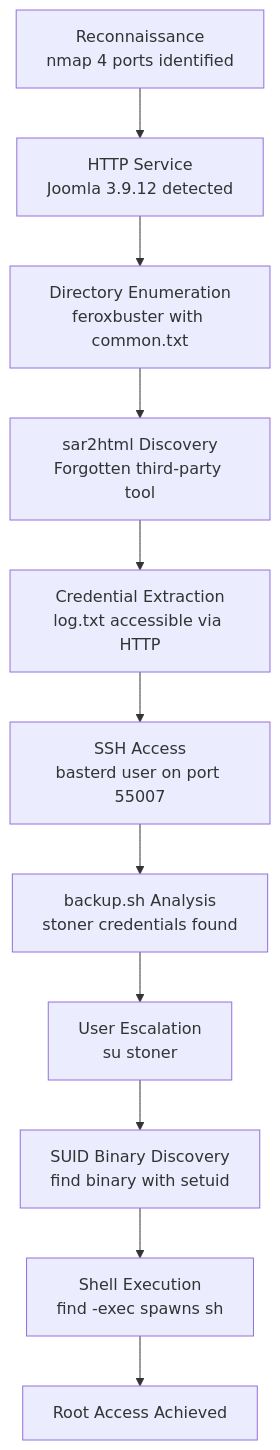
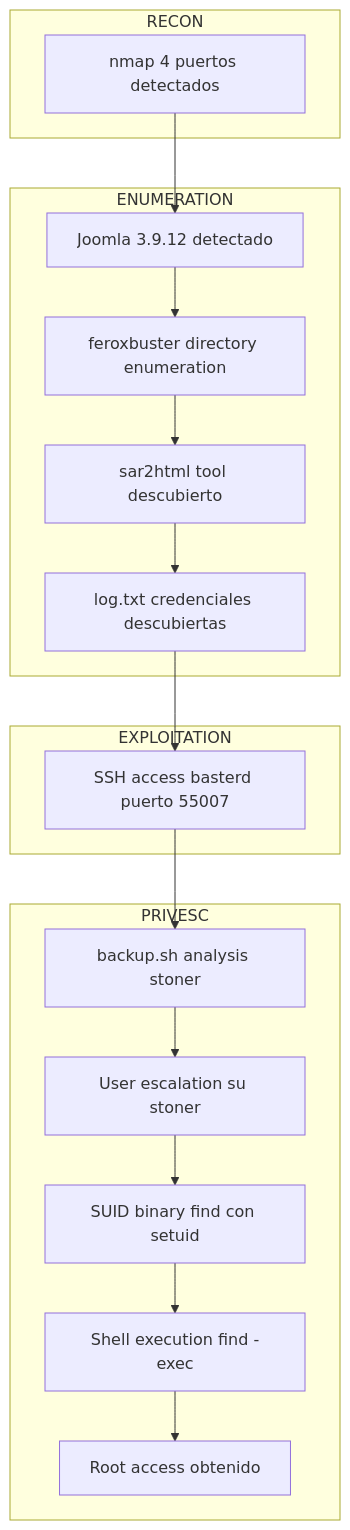
Before and after one commit to renekerr/renekerr.github.io: the diagram in _posts/2026-08-09-boilerctf.md, drawn with Mermaid. The commit also changed other lines of this file and 8 other files, not shown here.

Commit message:
Improve Attack Flow diagrams: convert to subgraph format grouped by phase (RECON-ENUMERATION-EXPLOITATION-PRIVESC-POST-EXPLOITATION) for all CTF writeups

```diff
--- a/_posts/2026-08-09-boilerctf.md
+++ b/_posts/2026-08-09-boilerctf.md
@@ -161,13 +161,27 @@
 <div class="mermaid">
 graph TD
-    A["Reconnaissance<br/>nmap 4 ports identified"] --> B["HTTP Service<br/>Joomla 3.9.12 detected"]
-    B --> C["Directory Enumeration<br/>feroxbuster with common.txt"]
-    C --> D["sar2html Discovery<br/>Forgotten third-party tool"]
-    D --> E["Credential Extraction<br/>log.txt accessible via HTTP"]
-    E --> F["SSH Access<br/>basterd user on port 55007"]
-    F --> G["backup.sh Analysis<br/>stoner credentials found"]
-    G --> H["User Escalation<br/>su stoner"]
-    H --> I["SUID Binary Discovery<br/>find binary with setuid"]
-    I --> J["Shell Execution<br/>find -exec spawns sh"]
-    J --> K["Root Access Achieved"]
+ subgraph RECON["RECON"]
+  A["nmap 4 puertos detectados"]
+ end
+ 
+ subgraph ENUM["ENUMERATION"]
+  B["Joomla 3.9.12 detectado"] --> C["feroxbuster directory enumeration"]
+  C --> D["sar2html tool descubierto"]
+  D --> E["log.txt credenciales descubiertas"]
+ end
+ 
+ subgraph EXPL["EXPLOITATION"]
+  F["SSH access basterd puerto 55007"]
+ end
+ 
+ subgraph PRIVESC["PRIVESC"]
+  G["backup.sh analysis stoner"] --> H["User escalation su stoner"]
+  H --> I["SUID binary find con setuid"]
+  I --> J["Shell execution find -exec"]
+  J --> K["Root access obtenido"]
+ end
+ 
+ A --> B
+ E --> F
+ F --> G
 </div>
```
